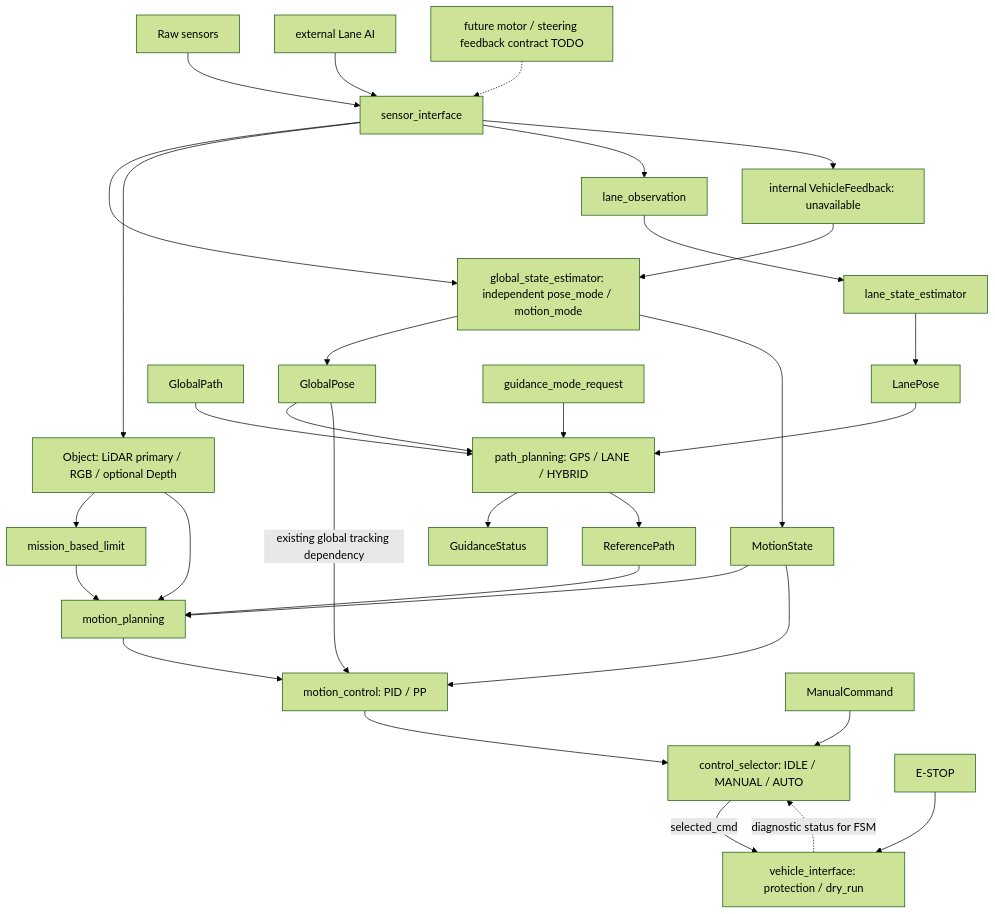
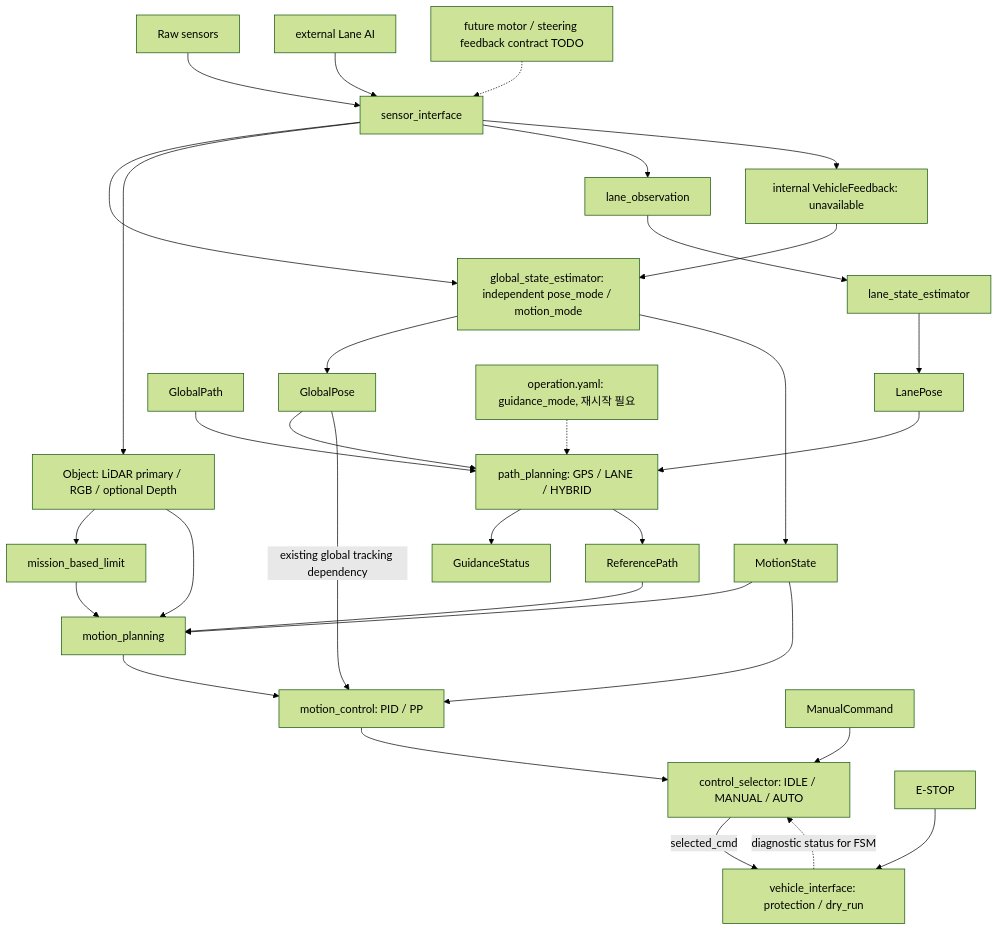
Before and after one commit to planta223/control_manager: the second of 4 diagrams in doc/guidance_modes.md, drawn with Mermaid (forest theme). The commit also changed other lines of this file and 13 other files, not shown here.

````diff
--- a/doc/guidance_modes.md
+++ b/doc/guidance_modes.md
@@ -39,34 +39,34 @@
 ```mermaid
 flowchart TD
   S[Raw sensors] --> SI[sensor_interface]
   SI --> E[global_state_estimator: independent pose_mode / motion_mode]
   E --> GP[GlobalPose]
   E --> MS[MotionState]
   SI --> O[Object: LiDAR primary / RGB / optional Depth]
   GP --> P[path_planning: GPS / LANE / HYBRID]
   G[GlobalPath] --> P
   L[external Lane AI] --> SI
   SI --> LO[lane_observation]
   LO --> LE[lane_state_estimator]
   LE --> LS[LanePose]
   LS --> P
   FB[future motor / steering feedback contract TODO] -.-> SI
   SI --> VF[internal VehicleFeedback: unavailable]
   VF --> E
-  QG[guidance_mode_request] --> P
+  QG[operation.yaml: guidance_mode, 재시작 필요] -.-> P
   P --> GS[GuidanceStatus]
   P --> RP[ReferencePath]
   RP --> MP[motion_planning]
   MS --> MP
   O --> M[mission_based_limit]
   O --> MP
   M --> MP
   MP --> MC[motion_control: PID / PP]
   MS --> MC
   GP -->|existing global tracking dependency| MC
   MC --> CM[control_selector: IDLE / MANUAL / AUTO]
   U[ManualCommand] --> CM
   CM -->|selected_cmd| VI[vehicle_interface: protection / dry_run]
   ES[E-STOP] --> VI
   VI -.->|diagnostic status for FSM| CM
 ```
````
